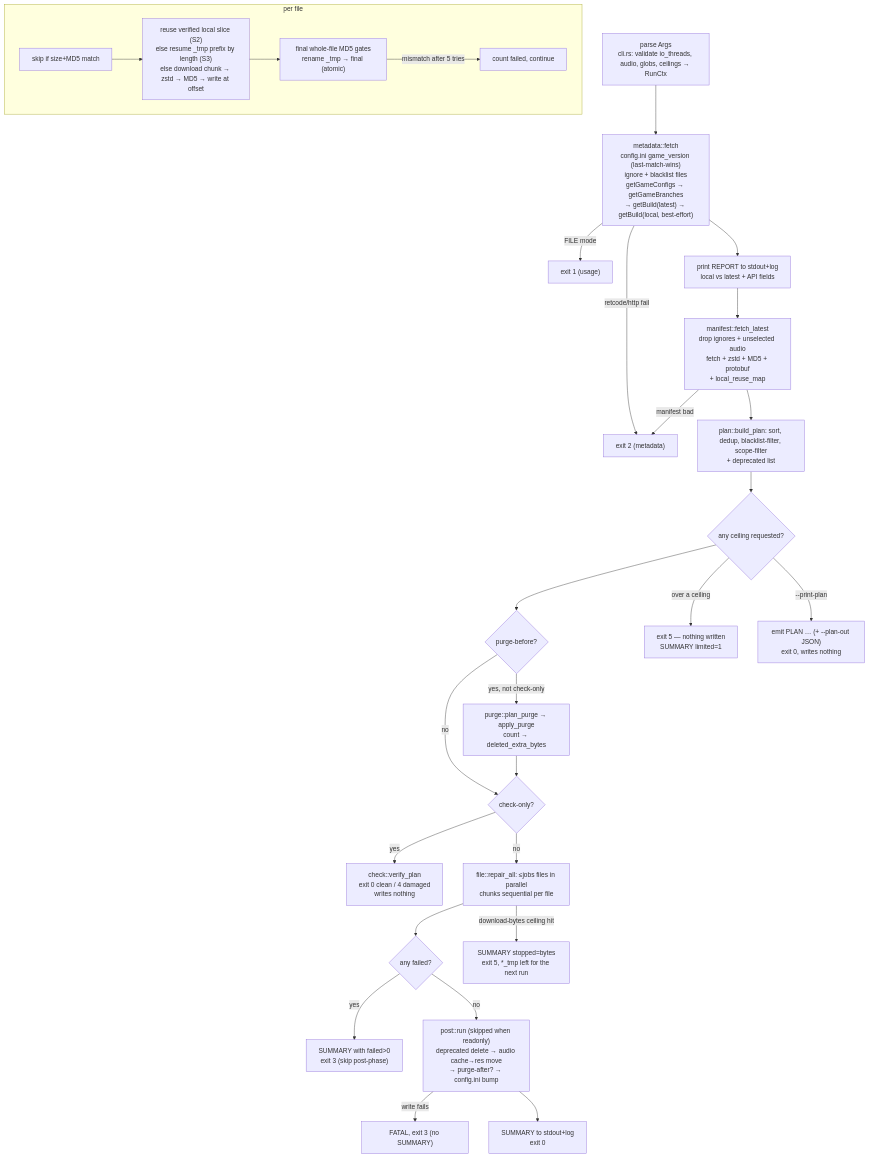
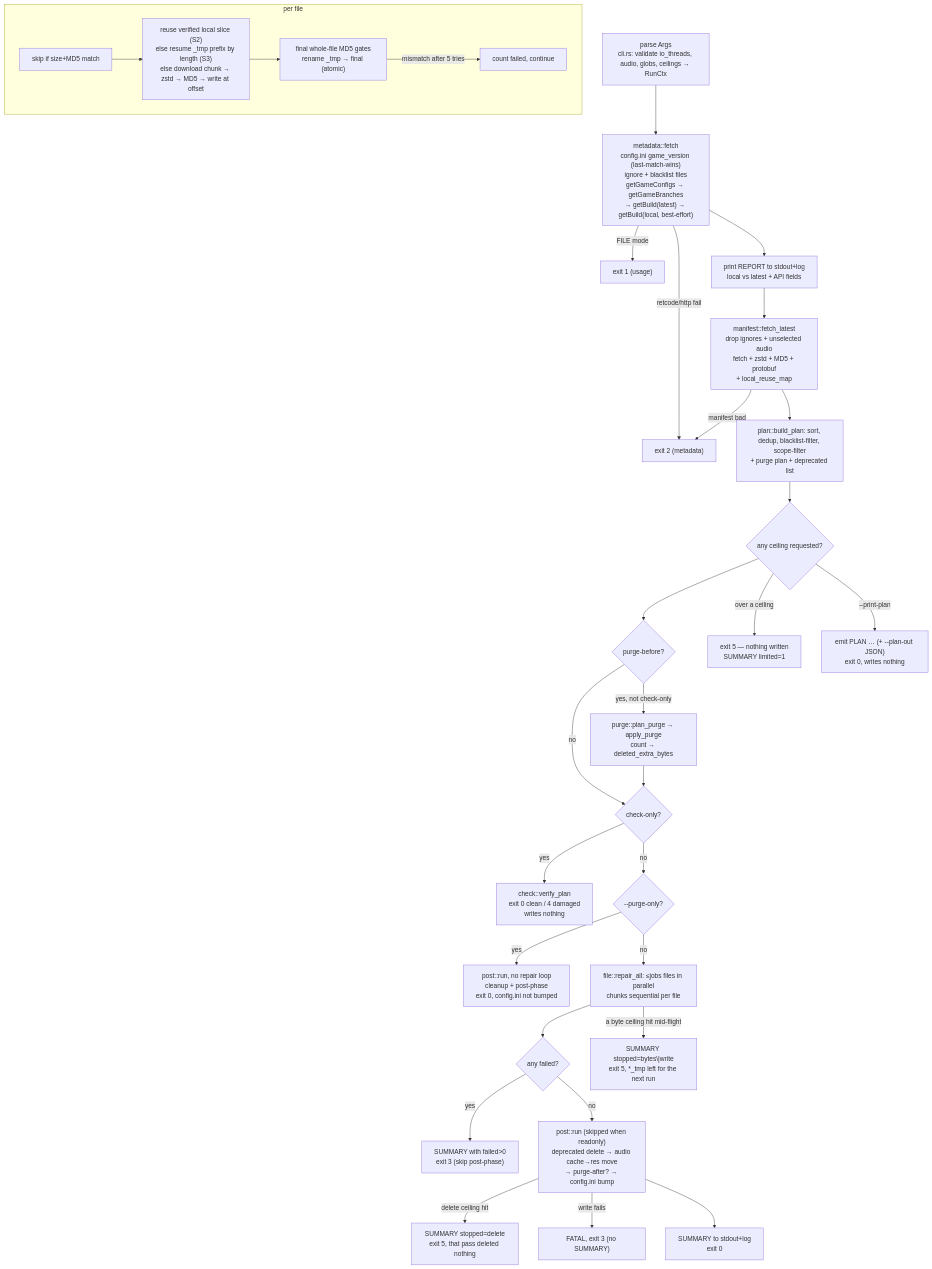
Before and after one commit to bhbghghbgb/girpr: the diagram in README.md, drawn with Mermaid. The commit also changed other lines of this file and 2 other files, not shown here.

First line of the commit message:
docs: correct the scope-limitation docs; notify gircap instead of editing its runbook

````diff
--- a/README.md
+++ b/README.md
@@ -61,30 +61,33 @@
 ```mermaid
 flowchart TD
     A["parse Args<br/>cli.rs: validate io_threads, audio, globs, ceilings → RunCtx"] --> B["metadata::fetch<br/>config.ini game_version (last-match-wins)<br/>ignore + blacklist files<br/>getGameConfigs → getGameBranches<br/>→ getBuild(latest) → getBuild(local, best-effort)"]
     B -->|FILE mode| X1["exit 1 (usage)"]
     B -->|retcode/http fail| X2["exit 2 (metadata)"]
     B --> C["print REPORT to stdout+log<br/>local vs latest + API fields"]
     C --> D["manifest::fetch_latest<br/>drop ignores + unselected audio<br/>fetch + zstd + MD5 + protobuf<br/>+ local_reuse_map"]
     D -->|manifest bad| X2
-    D --> E["plan::build_plan: sort, dedup, blacklist-filter, scope-filter<br/>+ deprecated list"]
+    D --> E["plan::build_plan: sort, dedup, blacklist-filter, scope-filter<br/>+ purge plan + deprecated list"]
     E --> E2{"any ceiling requested?"}
     E2 --> F{"purge-before?"}
     E2 -->|over a ceiling| X4["exit 5 — nothing written<br/>SUMMARY limited=1"]
     E2 -->|"--print-plan"| P["emit PLAN … (+ --plan-out JSON)<br/>exit 0, writes nothing"]
     F -->|yes, not check-only| G["purge::plan_purge → apply_purge<br/>count → deleted_extra_bytes"]
     F -->|no| H{"check-only?"}
     G --> H
     H -->|yes| I["check::verify_plan<br/>exit 0 clean / 4 damaged<br/>writes nothing"]
-    H -->|no| J["file::repair_all: ≤jobs files in parallel<br/>chunks sequential per file"]
+    H -->|no| J{"--purge-only?"}
+    J -->|yes| M0["post::run, no repair loop<br/>cleanup + post-phase<br/>exit 0, config.ini not bumped"]
+    J -->|no| J2["file::repair_all: ≤jobs files in parallel<br/>chunks sequential per file"]
     subgraph perfile ["per file"]
-        J1["skip if size+MD5 match"] --> J2["reuse verified local slice (S2)<br/>else resume _tmp prefix by length (S3)<br/>else download chunk → zstd → MD5 → write at offset"]
-        J2 --> J3["final whole-file MD5 gates<br/>rename _tmp → final (atomic)"]
+        J1["skip if size+MD5 match"] --> J2a["reuse verified local slice (S2)<br/>else resume _tmp prefix by length (S3)<br/>else download chunk → zstd → MD5 → write at offset"]
+        J2a --> J3["final whole-file MD5 gates<br/>rename _tmp → final (atomic)"]
         J3 -->|mismatch after 5 tries| J4["count failed, continue"]
     end
-    J --> K{"any failed?"}
+    J2 --> K{"any failed?"}
     K -->|yes| L["SUMMARY with failed>0<br/>exit 3 (skip post-phase)"]
-    J -->|"download-bytes ceiling hit"| X5["SUMMARY stopped=bytes<br/>exit 5, *_tmp left for the next run"]
+    J2 -->|"a byte ceiling hit mid-flight"| X5["SUMMARY stopped=bytes\|write<br/>exit 5, *_tmp left for the next run"]
     K -->|no| M["post::run (skipped when readonly)<br/>deprecated delete → audio cache→res move<br/>→ purge-after? → config.ini bump"]
+    M -->|"delete ceiling hit"| X6["SUMMARY stopped=delete<br/>exit 5, that pass deleted nothing"]
     M -->|write fails| X3["FATAL, exit 3 (no SUMMARY)"]
     M --> N["SUMMARY to stdout+log<br/>exit 0"]
 ```
````
